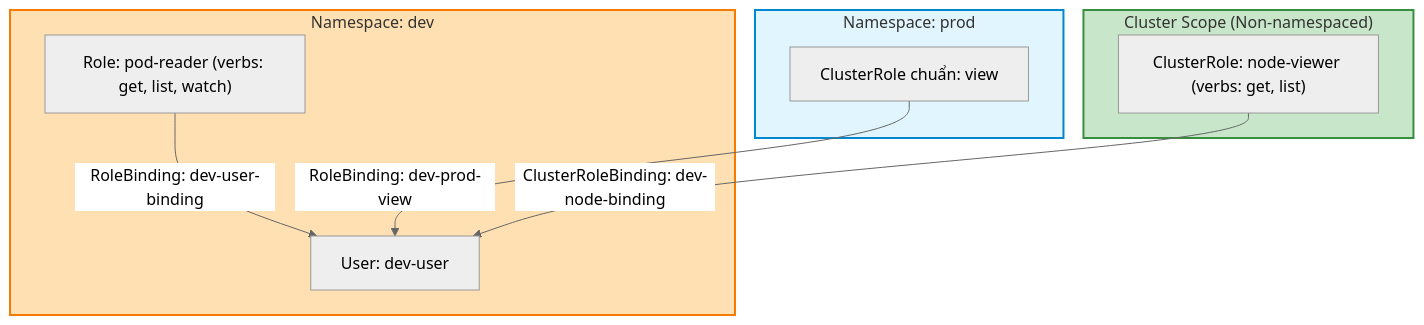
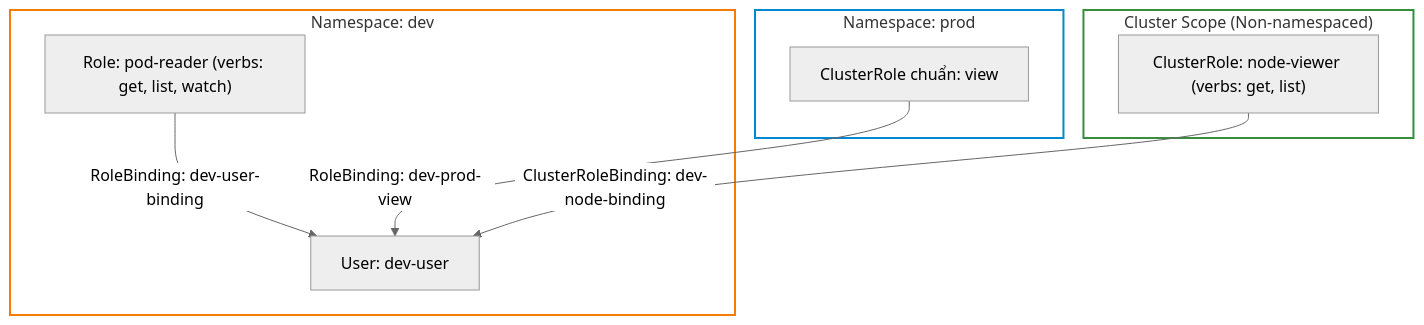
One commit to kiennt308/ntk changed the third of 3 diagrams in _posts/2026-09-12-cka-10-10-rbac-vai-va-rang-buoc.md. Above: the diagram before and after it, drawn with Mermaid (neutral theme). The commit also changed other lines of this file and 207 other files, not shown here.

Commit message:
feat(posts): batch standardize all 208 posts with TL;DR, qa-card accordion, fill:none mermaid, and liquid raw wrappers

````diff
--- a/_posts/2026-09-12-cka-10-10-rbac-vai-va-rang-buoc.md
+++ b/_posts/2026-09-12-cka-10-10-rbac-vai-va-rang-buoc.md
@@ -494,18 +498,18 @@
 ```mermaid
 graph TD
     subgraph Dev_NS ["Namespace: dev"]
         ROLE_DEV["Role: pod-reader (verbs: get, list, watch)"] -->|RoleBinding: dev-user-binding| USER1["User: dev-user"]
     end
 
     subgraph Prod_NS ["Namespace: prod"]
         CROLE_VIEW["ClusterRole chuẩn: view"] -->|RoleBinding: dev-prod-view| USER1
     end
 
     subgraph Cluster_Scope ["Cluster Scope (Non-namespaced)"]
         CROLE_NODE["ClusterRole: node-viewer (verbs: get, list)"] -->|ClusterRoleBinding: dev-node-binding| USER1
     end
 
-    style Dev_NS fill:#ffe0b2,stroke:#f57c00,stroke-width:2px
-    style Prod_NS fill:#e1f5fe,stroke:#0288d1,stroke-width:2px
-    style Cluster_Scope fill:#c8e6c9,stroke:#388e3c,stroke-width:2px
+    style Dev_NS fill:none,stroke:#f57c00,stroke-width:2px
+    style Prod_NS fill:none,stroke:#0288d1,stroke-width:2px
+    style Cluster_Scope fill:none,stroke:#388e3c,stroke-width:2px
 ```
````
